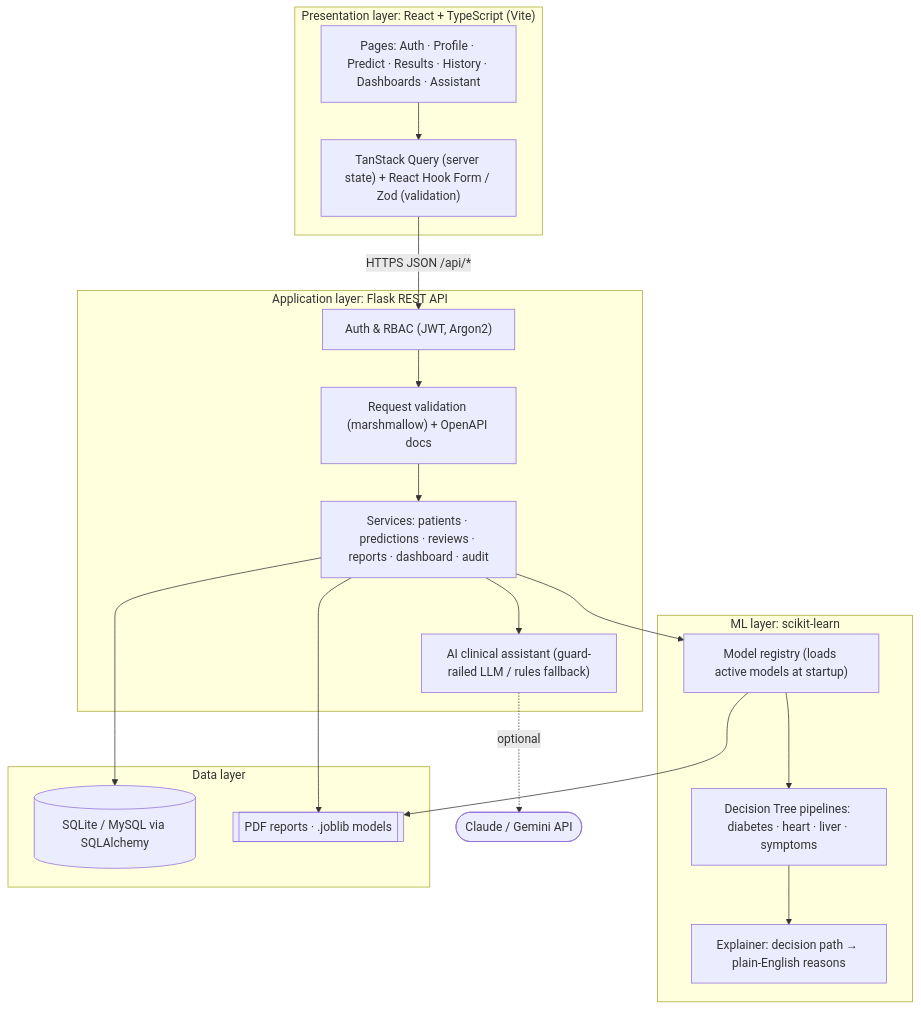
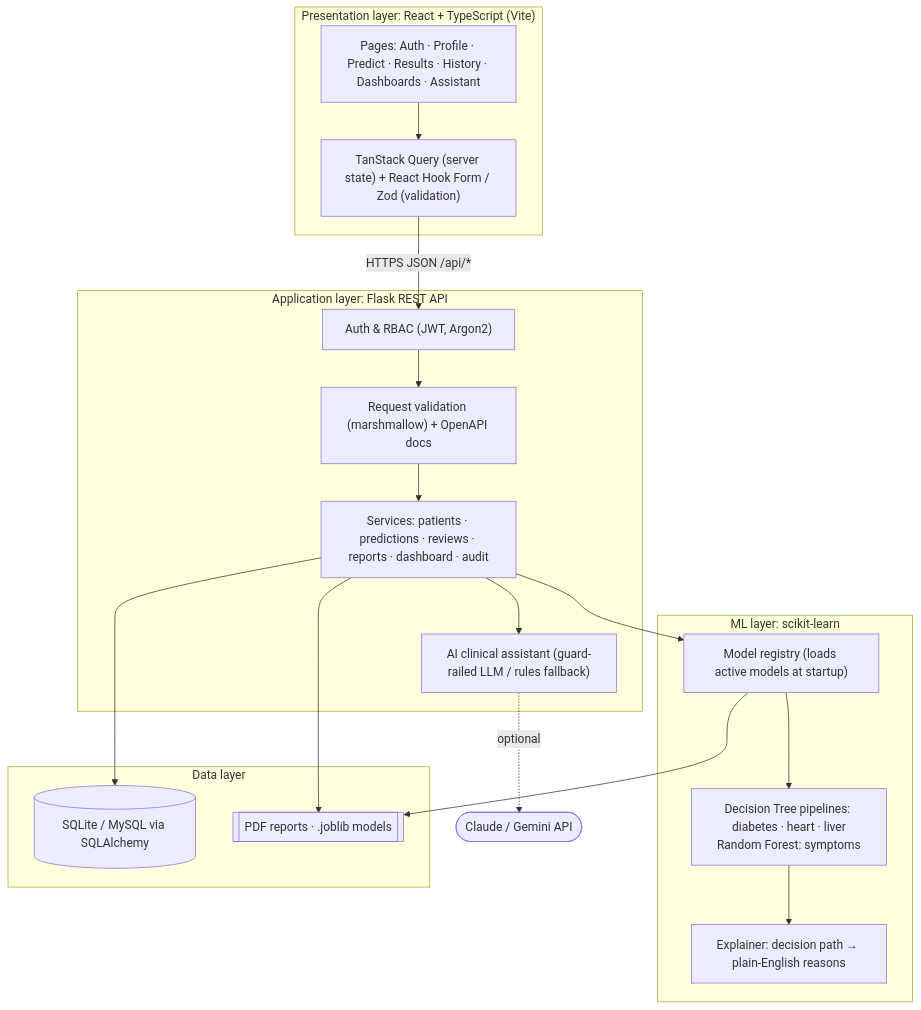
The first of 5 diagrams in docs/02-architecture.md (averif/Healthcare-Diagnosis), drawn with Mermaid before and after one commit. The commit also changed other lines of this file and 53 other files, not shown here.

````diff
--- a/docs/02-architecture.md
+++ b/docs/02-architecture.md
@@ -9,33 +9,34 @@
 ```mermaid
 flowchart TB
     subgraph Client["Presentation layer: React + TypeScript (Vite)"]
         UI["Pages: Auth · Profile · Predict · Results · History · Dashboards · Assistant"]
         RQ["TanStack Query (server state) + React Hook Form / Zod (validation)"]
     end
 
     subgraph API["Application layer: Flask REST API"]
         AUTH["Auth & RBAC (JWT, Argon2)"]
         VAL["Request validation (marshmallow) + OpenAPI docs"]
         SVC["Services: patients · predictions · reviews · reports · dashboard · audit"]
         ASSIST["AI clinical assistant (guard-railed LLM / rules fallback)"]
     end
 
     subgraph ML["ML layer: scikit-learn"]
         REG["Model registry (loads active models at startup)"]
-        DT["Decision Tree pipelines: diabetes · heart · liver · symptoms"]
+        DT["Decision Tree pipelines: diabetes · heart · liver
+Random Forest: symptoms"]
         XAI["Explainer: decision path → plain-English reasons"]
     end
 
     subgraph Data["Data layer"]
         DB[("SQLite / MySQL via SQLAlchemy")]
         FILES[["PDF reports · .joblib models"]]
     end
 
     UI --> RQ -->|"HTTPS JSON /api/*"| AUTH --> VAL --> SVC
     SVC --> REG --> DT --> XAI
     SVC --> ASSIST
     SVC --> DB
     SVC --> FILES
     REG --> FILES
     ASSIST -.->|"optional"| LLM(["Claude / Gemini API"])
 ```
````
